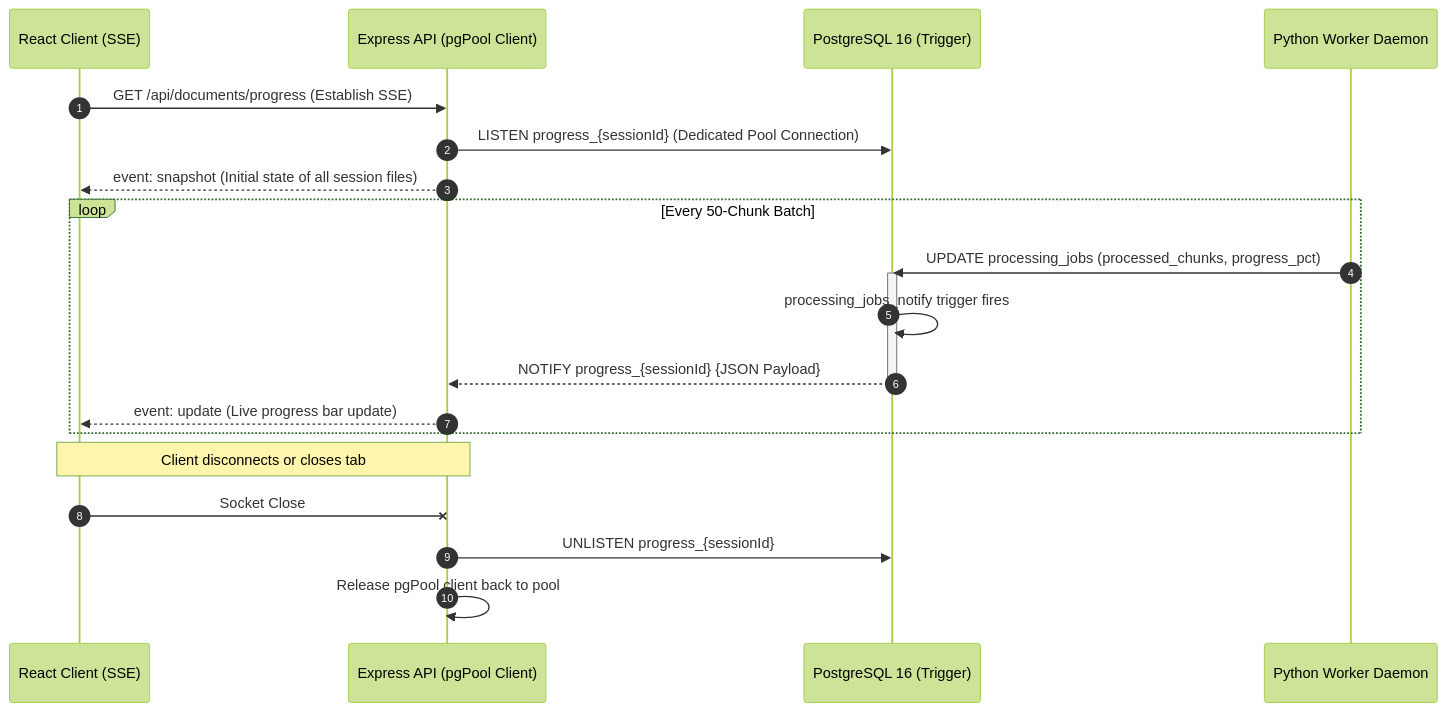
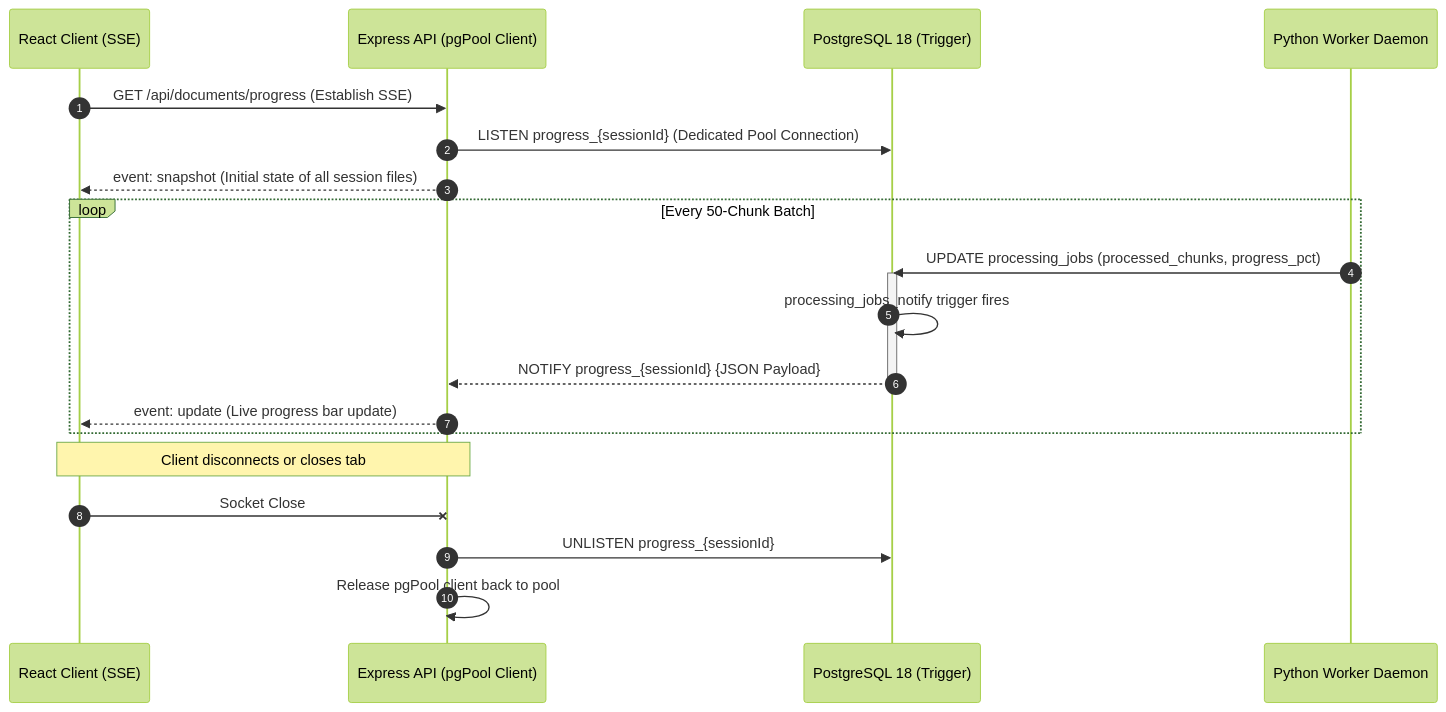
One commit to parth9218/Document-Intelligence-Platform changed the diagram in docs-site/docs/database/pg-notify-triggers.md. Above: the diagram before and after it, drawn with Mermaid (forest theme). The commit also changed other lines of this file and 7 other files, not shown here.

Commit message:
feat(docs): Implemented Phase-8: Database section — Schema, indexes, access patterns, PG NOTIFY, dual ORM

````diff
--- a/docs-site/docs/database/pg-notify-triggers.md
+++ b/docs-site/docs/database/pg-notify-triggers.md
@@ -16,26 +16,26 @@
 ```mermaid
 sequenceDiagram
     autonumber
     participant Browser as React Client (SSE)
     participant API as Express API (pgPool Client)
-    participant RDS as PostgreSQL 16 (Trigger)
+    participant RDS as PostgreSQL 18 (Trigger)
     participant Worker as Python Worker Daemon
 
     Browser->>API: GET /api/documents/progress (Establish SSE)
     API->>RDS: LISTEN progress_{sessionId} (Dedicated Pool Connection)
     API-->>Browser: event: snapshot (Initial state of all session files)
 
     loop Every 50-Chunk Batch
         Worker->>RDS: UPDATE processing_jobs (processed_chunks, progress_pct)
         activate RDS
         RDS->>RDS: processing_jobs_notify trigger fires
         RDS-->>API: NOTIFY progress_{sessionId} {JSON Payload}
         deactivate RDS
         API-->>Browser: event: update (Live progress bar update)
     end
 
     Note over Browser,API: Client disconnects or closes tab
     Browser-xAPI: Socket Close
     API->>RDS: UNLISTEN progress_{sessionId}
     API->>API: Release pgPool client back to pool
 ```
````
